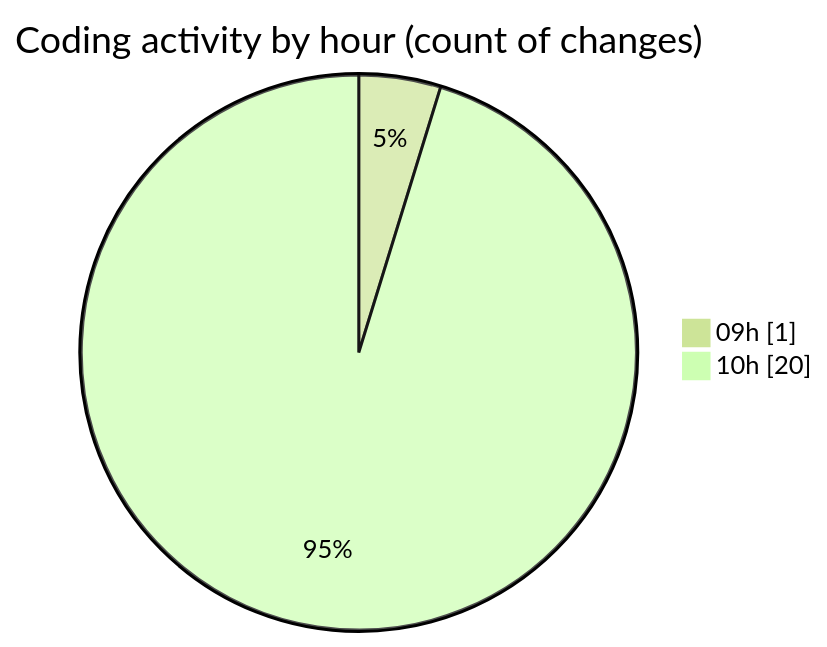
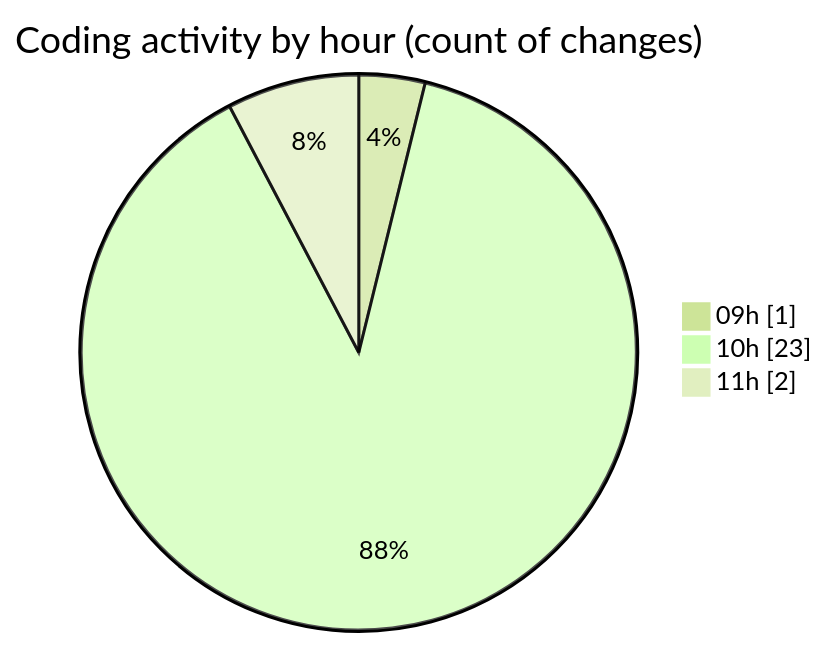
Before and after one commit to momahboobian/code-tracking: the second of 2 diagrams in 2026-10-20/cda/README.md, drawn with Mermaid (forest theme). The commit also changed other lines of this file and 1 other file, not shown here.

````diff
--- a/2026-10-20/cda/README.md
+++ b/2026-10-20/cda/README.md
@@ -31,6 +31,7 @@
 ```mermaid
 pie showData
 title Coding activity by hour (count of changes)
 "09h" : 1
-"10h" : 20
+"10h" : 23
+"11h" : 2
 ```
````
